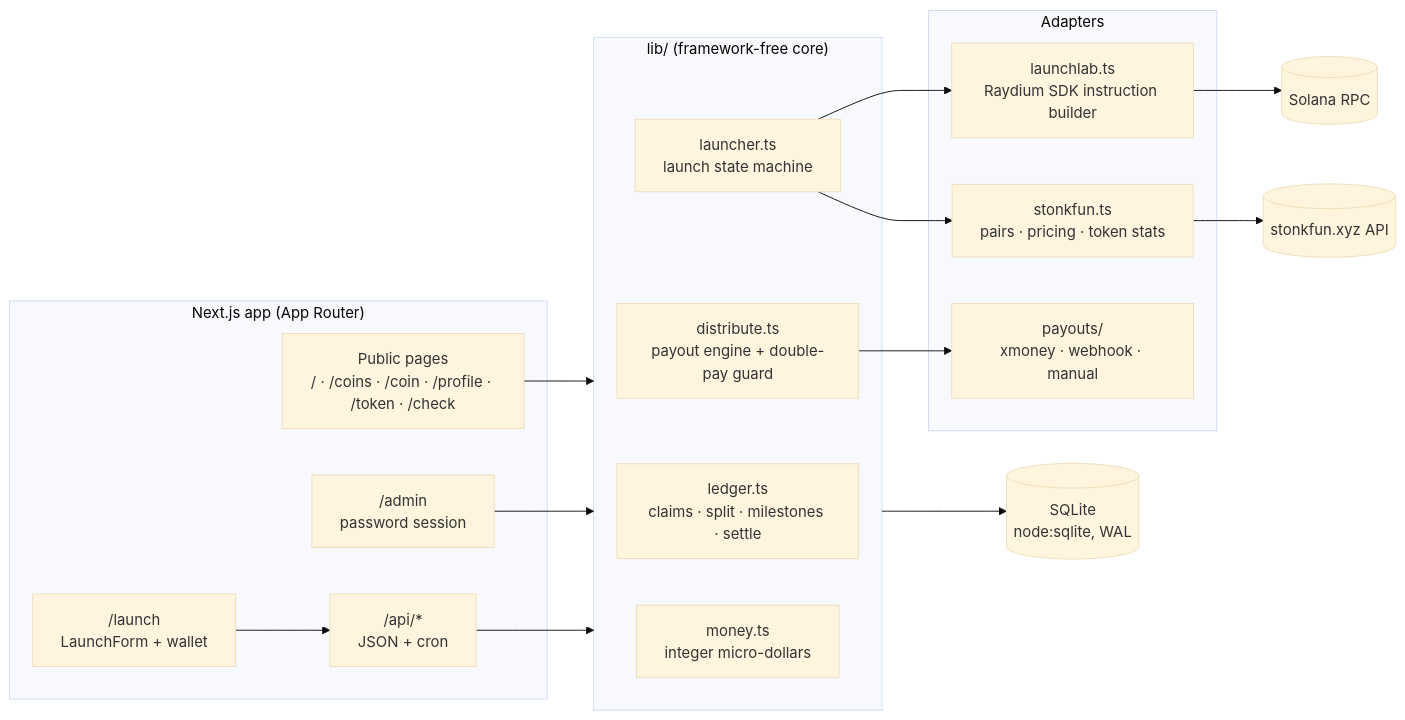
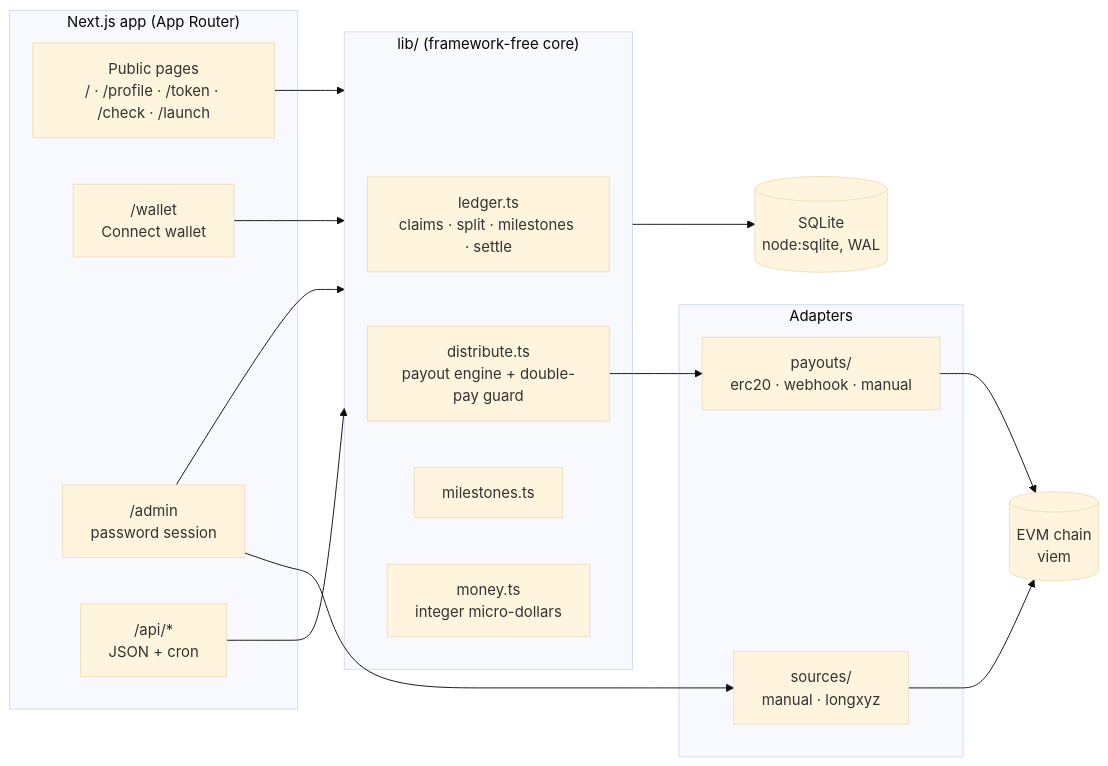
Before and after one commit to uselongpaid/uselongpaid: the second of 2 diagrams in README.md, drawn with Mermaid (base theme). The commit also changed other lines of this file and 55 other files, not shown here.

First line of the commit message:
Go back to app.long.xyz on Robinhood Chain

````diff
--- a/README.md
+++ b/README.md
@@ -166,37 +100,34 @@
 ```mermaid
 flowchart LR
     subgraph Web["Next.js app (App Router)"]
-        Pages["Public pages<br/>/ · /coins · /coin · /profile · /token · /check"]
-        Launch["/launch<br/>LaunchForm + wallet"]
+        Pages["Public pages<br/>/ · /profile · /token · /check · /launch"]
+        Account["/wallet<br/>Connect wallet"]
         Admin["/admin<br/>password session"]
         API["/api/*<br/>JSON + cron"]
     end
 
     subgraph Core["lib/ (framework-free core)"]
         Ledger["ledger.ts<br/>claims · split · milestones · settle"]
         Distribute["distribute.ts<br/>payout engine + double-pay guard"]
-        Launcher["launcher.ts<br/>launch state machine"]
+        Milestones["milestones.ts"]
         Money["money.ts<br/>integer micro-dollars"]
     end
 
     subgraph Adapters
-        LaunchLab["launchlab.ts<br/>Raydium SDK instruction builder"]
-        Stonkfun["stonkfun.ts<br/>pairs · pricing · token stats"]
-        Payouts["payouts/<br/>xmoney · webhook · manual"]
+        Sources["sources/<br/>manual · longxyz"]
+        Payouts["payouts/<br/>erc20 · webhook · manual"]
     end
 
     DB[("SQLite<br/>node:sqlite, WAL")]
-    Sol[("Solana RPC")]
-    SF[("stonkfun.xyz API")]
+    Chain[("EVM chain<br/>viem")]
 
     Pages --> Core
-    Launch --> API
+    Account --> Core
     Admin --> Core
     API --> Core
     Core --> DB
-    Launcher --> LaunchLab
-    Launcher --> Stonkfun
-    LaunchLab --> Sol
-    Stonkfun --> SF
+    Sources --> Chain
+    Payouts --> Chain
+    Admin --> Sources
     Distribute --> Payouts
 ```
````
